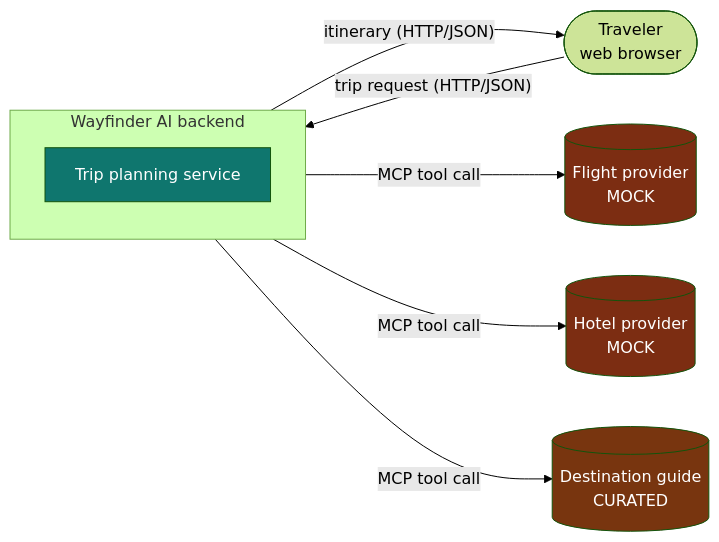
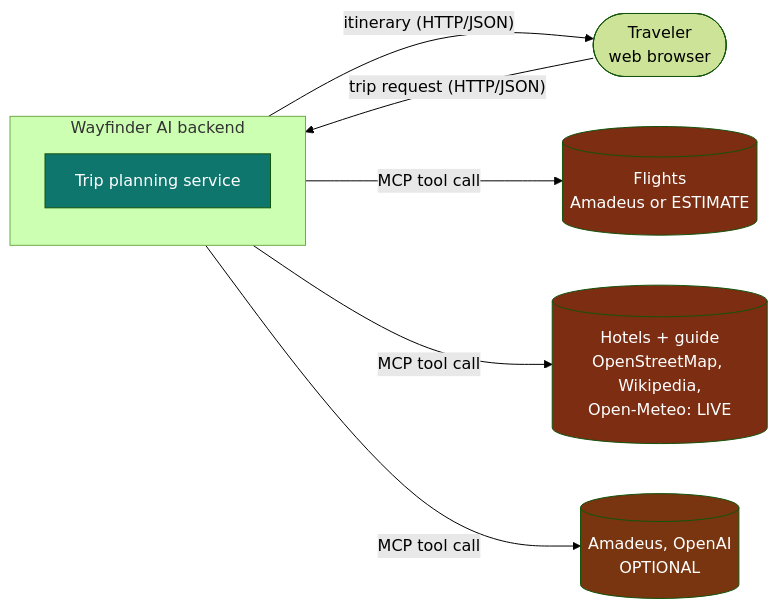
Before and after one commit to roybrand/travelAgentAI: the first of 6 diagrams in docs/02-architecture.md, drawn with Mermaid (forest theme). The commit also changed other lines of this file and 57 other files, not shown here.

````diff
--- a/docs/02-architecture.md
+++ b/docs/02-architecture.md
@@ -24,22 +24,22 @@
 ```mermaid
 flowchart LR
     U(["Traveler<br/>web browser"])
     subgraph SYS ["Wayfinder AI backend"]
         direction TB
         CORE["Trip planning service"]
     end
-    P1[("Flight provider<br/>MOCK")]
-    P2[("Hotel provider<br/>MOCK")]
-    P3[("Destination guide<br/>CURATED")]
+    P1[("Flights<br/>Amadeus or ESTIMATE")]
+    P2[("Hotels + guide<br/>OpenStreetMap, Wikipedia,<br/>Open-Meteo: LIVE")]
+    P3[("Amadeus, OpenAI<br/>OPTIONAL")]
 
     U -- "trip request (HTTP/JSON)" --> CORE
     CORE -- "itinerary (HTTP/JSON)" --> U
     CORE -- "MCP tool call" --> P1
     CORE -- "MCP tool call" --> P2
     CORE -- "MCP tool call" --> P3
 
     style CORE fill:#0f766e,color:#fff
     style P1 fill:#7c2d12,color:#fff
     style P2 fill:#7c2d12,color:#fff
     style P3 fill:#78350f,color:#fff
 ```
````
